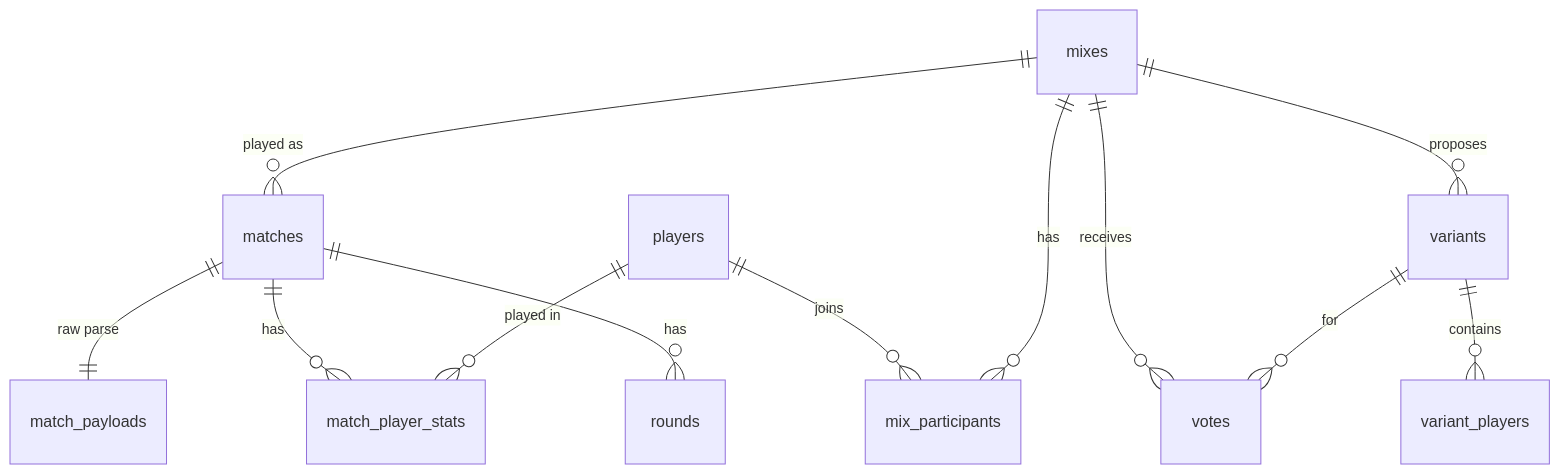
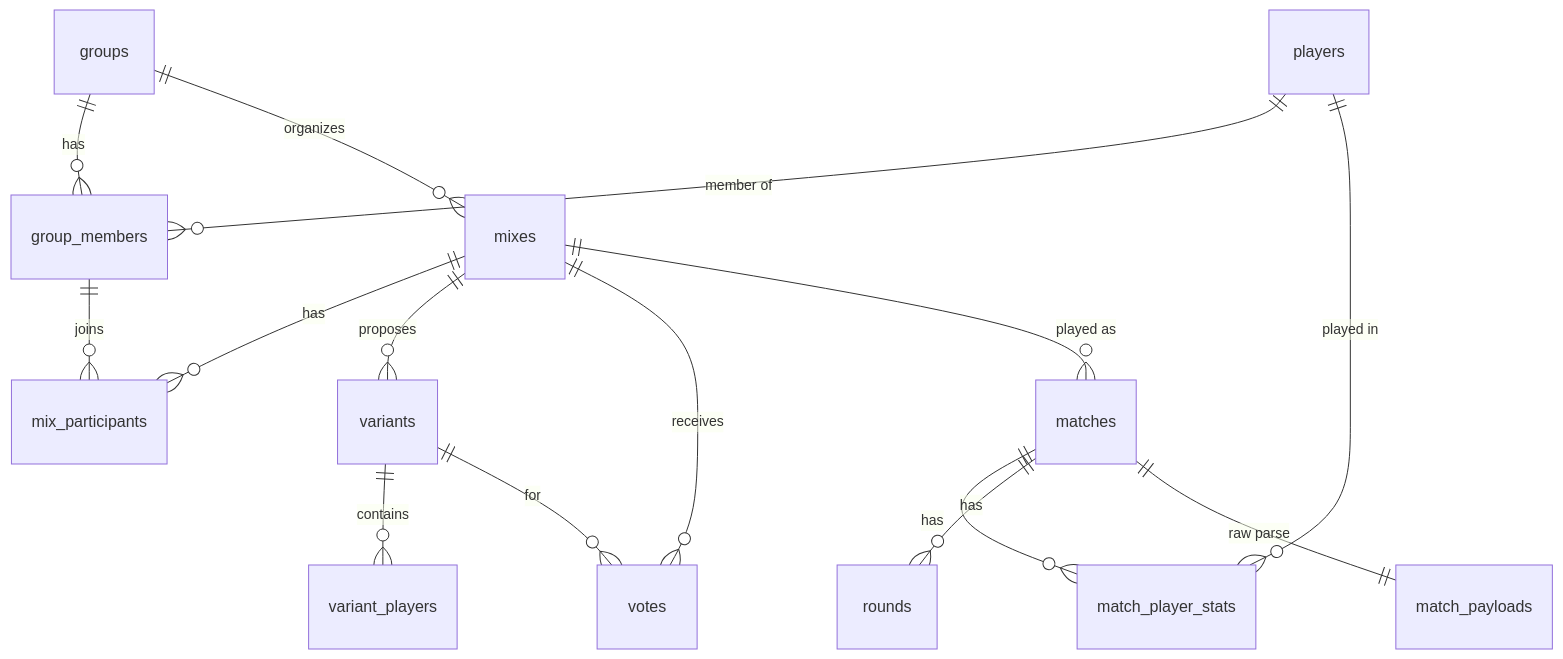
Before and after one commit to ArturCzopek/mixer: the diagram in docs/03-data-model.md, drawn with Mermaid. The commit also changed other lines of this file and 10 other files, not shown here.

````diff
--- a/docs/03-data-model.md
+++ b/docs/03-data-model.md
@@ -13,14 +14,17 @@
 ```mermaid
 erDiagram
-  players ||--o{ mix_participants : joins
+  groups ||--o{ group_members : has
+  players ||--o{ group_members : "member of"
+  groups ||--o{ mixes : organizes
+  group_members ||--o{ mix_participants : joins
   mixes ||--o{ mix_participants : has
   mixes ||--o{ variants : proposes
   variants ||--o{ variant_players : contains
   mixes ||--o{ votes : receives
   variants ||--o{ votes : for
   mixes ||--o{ matches : "played as"
   matches ||--o{ match_player_stats : has
   matches ||--o{ rounds : has
   matches ||--|| match_payloads : "raw parse"
   players ||--o{ match_player_stats : "played in"
 ```
````
